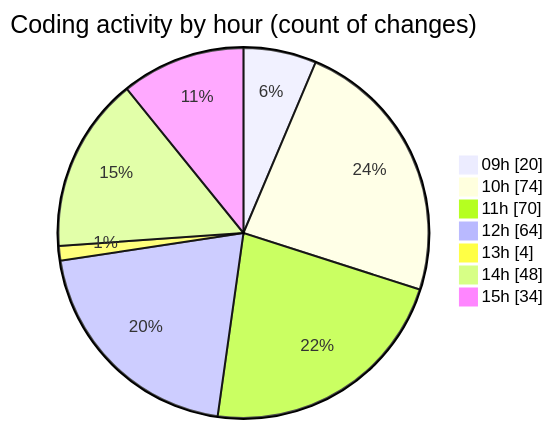
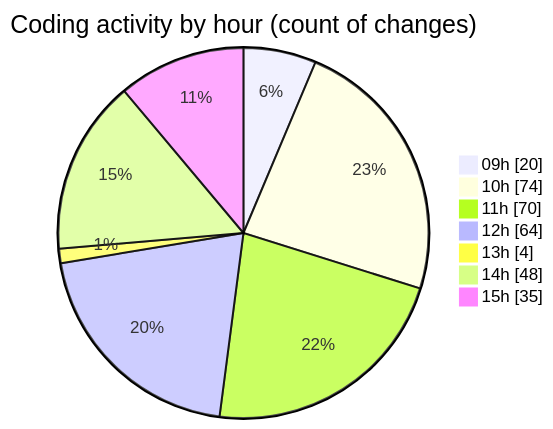
Before and after one commit to CELIANVF/code-tracking: the second of 2 diagrams in 2025-06-06/ecodeli-1/README.md, drawn with Mermaid. The commit also changed other lines of this file and 1 other file, not shown here.

````diff
--- a/2025-06-06/ecodeli-1/README.md
+++ b/2025-06-06/ecodeli-1/README.md
@@ -110,11 +110,11 @@
 ```mermaid
 pie showData
 title Coding activity by hour (count of changes)
 "09h" : 20
 "10h" : 74
 "11h" : 70
 "12h" : 64
 "13h" : 4
 "14h" : 48
-"15h" : 34
+"15h" : 35
 ```
````
